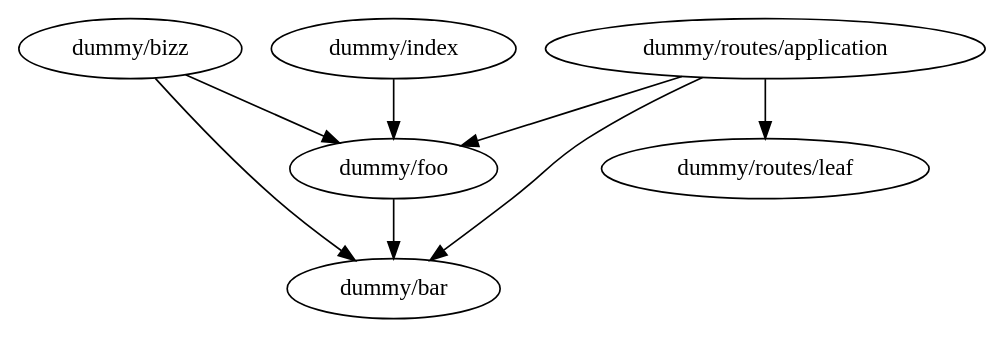
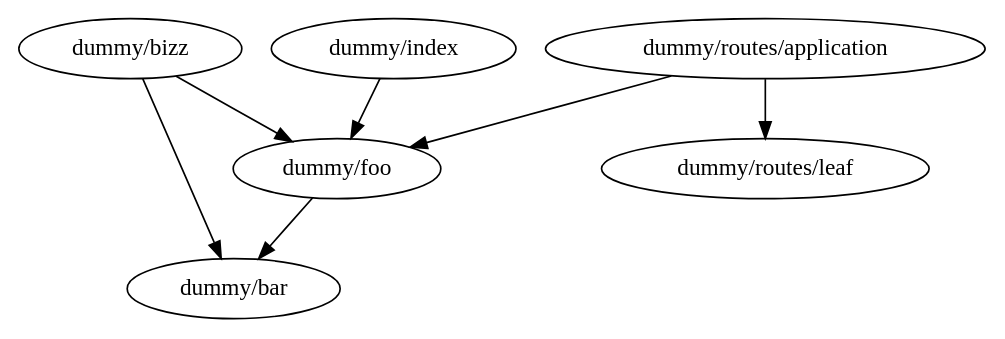
The diagram in graph.3.dot (chadhietala/fs-graph-diff), drawn with Graphviz before and after one commit. The commit also changed 25 other files, not shown here.

```diff
--- a/graph.3.dot
+++ b/graph.3.dot
@@ -1,15 +1,14 @@
 strict digraph {
-  "dummy/bar" [id="dummy/bar",outputPath="/Users/chietala/workspace/fs-graph/tmp-dir/dummy/bar.ts",inputPath="/Users/chietala/workspace/fs-graph/test/fixtures/dummy/bar.ts",ast="[object Object]",imports="",relativePath="dummy/bar.ts"]
-  "dummy/bizz" [id="dummy/bizz",outputPath="/Users/chietala/workspace/fs-graph/tmp-dir/dummy/bizz.ts",inputPath="/Users/chietala/workspace/fs-graph/test/fixtures/dummy/bizz.ts",ast="[object Object]",imports="dummy/bar,dummy/foo",relativePath="dummy/bizz.ts"]
-  "dummy/foo" [id="dummy/foo",outputPath="/Users/chietala/workspace/fs-graph/tmp-dir/dummy/foo.ts",inputPath="/Users/chietala/workspace/fs-graph/test/fixtures/dummy/foo.ts",ast="[object Object]",imports="dummy/bar",relativePath="dummy/foo"]
-  "dummy/index" [id="dummy/index",outputPath="/Users/chietala/workspace/fs-graph/tmp-dir/dummy/index.ts",inputPath="/Users/chietala/workspace/fs-graph/test/fixtures/dummy/index.ts",ast="[object Object]",imports="dummy/foo",relativePath="dummy/index.ts"]
-  "dummy/routes/application" [id="dummy/routes/application",outputPath="/Users/chietala/workspace/fs-graph/tmp-dir/dummy/routes/application.ts",inputPath="/Users/chietala/workspace/fs-graph/test/fixtures/dummy/routes/application.ts",ast="[object Object]",imports="dummy/foo,dummy/routes/leaf,dummy/bar",relativePath="dummy/routes/application.ts"]
-  "dummy/routes/leaf" [id="dummy/routes/leaf",outputPath="/Users/chietala/workspace/fs-graph/tmp-dir/dummy/routes/leaf.ts",inputPath="/Users/chietala/workspace/fs-graph/test/fixtures/dummy/routes/leaf.ts",ast="[object Object]",imports="",relativePath="dummy/routes/leaf"]
+  "dummy/bar" [id="dummy/bar",outputPath="/Users/chietala/workspace/fs-graph/tmp-dir/dummy/bar.ts",inputPath="/Users/chietala/workspace/fs-graph/test/fixtures/app/dummy/bar.ts",ast="[object Object]",imports="",relativePath="dummy/bar.ts"]
+  "dummy/bizz" [id="dummy/bizz",outputPath="/Users/chietala/workspace/fs-graph/tmp-dir/dummy/bizz.ts",inputPath="/Users/chietala/workspace/fs-graph/test/fixtures/app/dummy/bizz.ts",ast="[object Object]",imports="dummy/bar,dummy/foo",relativePath="dummy/bizz.ts"]
+  "dummy/foo" [id="dummy/foo",outputPath="/Users/chietala/workspace/fs-graph/tmp-dir/dummy/foo.ts",inputPath="/Users/chietala/workspace/fs-graph/test/fixtures/app/dummy/foo.ts",ast="[object Object]",imports="dummy/bar",relativePath="dummy/foo.ts"]
+  "dummy/index" [id="dummy/index",outputPath="/Users/chietala/workspace/fs-graph/tmp-dir/dummy/index.ts",inputPath="/Users/chietala/workspace/fs-graph/test/fixtures/app/dummy/index.ts",ast="[object Object]",imports="dummy/foo",relativePath="dummy/index.ts"]
+  "dummy/routes/application" [id="dummy/routes/application",outputPath="/Users/chietala/workspace/fs-graph/tmp-dir/dummy/routes/application.ts",inputPath="/Users/chietala/workspace/fs-graph/test/fixtures/app/dummy/routes/application.ts",ast="[object Object]",imports="dummy/foo,dummy/routes/leaf",relativePath="dummy/routes/application.ts"]
+  "dummy/routes/leaf" [id="dummy/routes/leaf",outputPath="/Users/chietala/workspace/fs-graph/tmp-dir/dummy/routes/leaf.ts",inputPath="/Users/chietala/workspace/fs-graph/test/fixtures/app/dummy/routes/leaf.ts",ast="[object Object]",imports="",relativePath="dummy/routes/leaf.ts"]
   "dummy/bizz" -> "dummy/bar"
   "dummy/bizz" -> "dummy/foo"
   "dummy/foo" -> "dummy/bar"
   "dummy/index" -> "dummy/foo"
   "dummy/routes/application" -> "dummy/foo"
   "dummy/routes/application" -> "dummy/routes/leaf"
-  "dummy/routes/application" -> "dummy/bar"
 }
```
